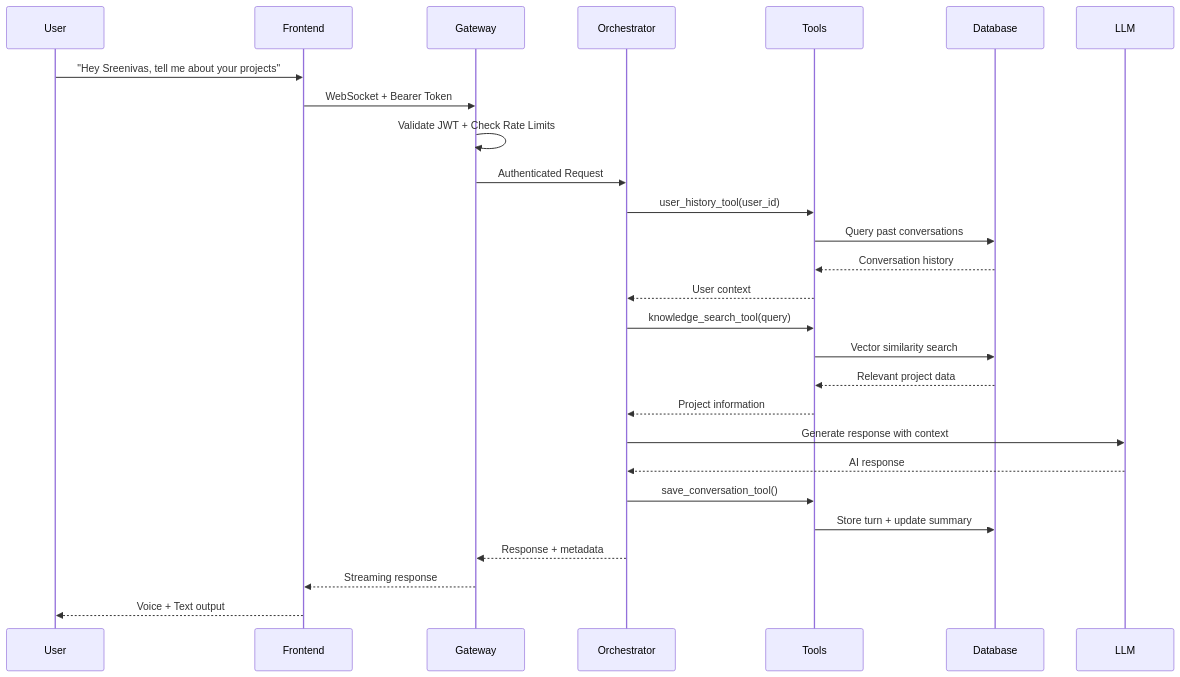
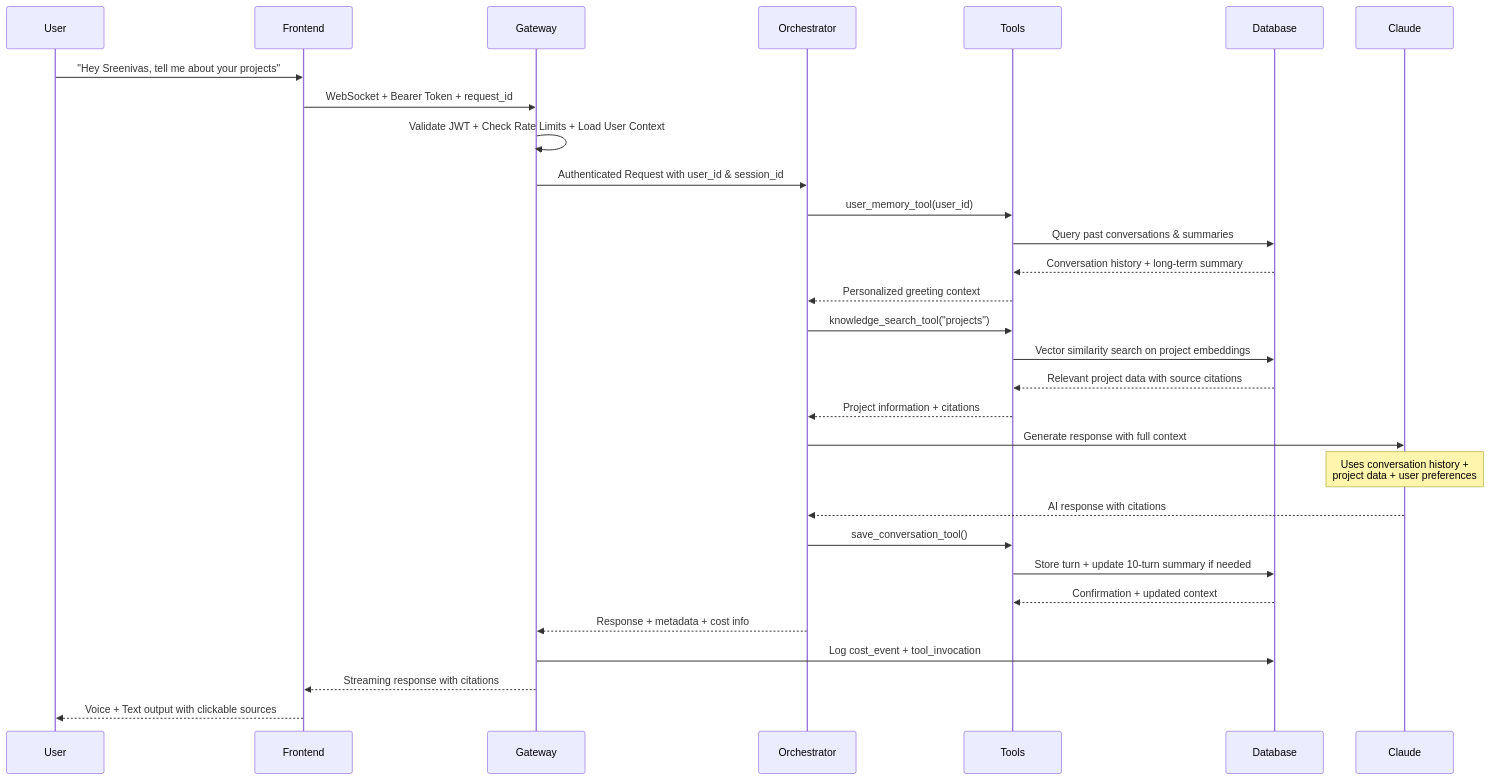
One commit to LSG-hub/Project-001 changed the second of 8 diagrams in README.md. Above: the diagram before and after it, drawn with Mermaid. The commit also changed other lines of this file, not shown here.

````diff
--- a/README.md
+++ b/README.md
@@ -82,35 +161,38 @@
 ```mermaid
 sequenceDiagram
     participant User
     participant Frontend
     participant Gateway
     participant Orchestrator
     participant Tools
     participant Database
-    participant LLM
+    participant Claude
     
     User->>Frontend: "Hey Sreenivas, tell me about your projects"
-    Frontend->>Gateway: WebSocket + Bearer Token
-    Gateway->>Gateway: Validate JWT + Check Rate Limits
-    Gateway->>Orchestrator: Authenticated Request
+    Frontend->>Gateway: WebSocket + Bearer Token + request_id
+    Gateway->>Gateway: Validate JWT + Check Rate Limits + Load User Context
+    Gateway->>Orchestrator: Authenticated Request with user_id & session_id
     
-    Orchestrator->>Tools: user_history_tool(user_id)
-    Tools->>Database: Query past conversations
-    Database-->>Tools: Conversation history
-    Tools-->>Orchestrator: User context
+    Orchestrator->>Tools: user_memory_tool(user_id)
+    Tools->>Database: Query past conversations & summaries
+    Database-->>Tools: Conversation history + long-term summary
+    Tools-->>Orchestrator: Personalized greeting context
     
-    Orchestrator->>Tools: knowledge_search_tool(query)
-    Tools->>Database: Vector similarity search
-    Database-->>Tools: Relevant project data
-    Tools-->>Orchestrator: Project information
+    Orchestrator->>Tools: knowledge_search_tool("projects")
+    Tools->>Database: Vector similarity search on project embeddings
+    Database-->>Tools: Relevant project data with source citations
+    Tools-->>Orchestrator: Project information + citations
     
-    Orchestrator->>LLM: Generate response with context
-    LLM-->>Orchestrator: AI response
+    Orchestrator->>Claude: Generate response with full context
+    Note over Claude: Uses conversation history +<br/>project data + user preferences
+    Claude-->>Orchestrator: AI response with citations
     
     Orchestrator->>Tools: save_conversation_tool()
-    Tools->>Database: Store turn + update summary
+    Tools->>Database: Store turn + update 10-turn summary if needed
+    Database-->>Tools: Confirmation + updated context
     
-    Orchestrator-->>Gateway: Response + metadata
-    Gateway-->>Frontend: Streaming response
-    Frontend-->>User: Voice + Text output
+    Orchestrator-->>Gateway: Response + metadata + cost info
+    Gateway->>Database: Log cost_event + tool_invocation
+    Gateway-->>Frontend: Streaming response with citations
+    Frontend-->>User: Voice + Text output with clickable sources
 ```
````
